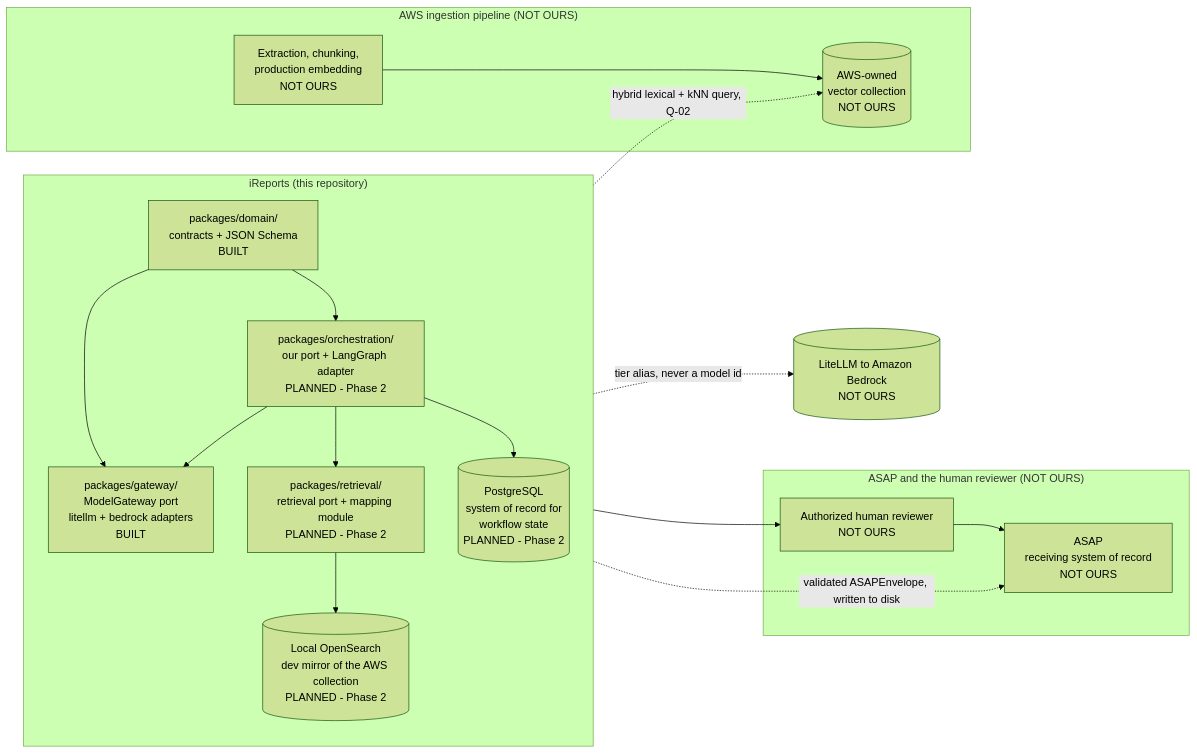
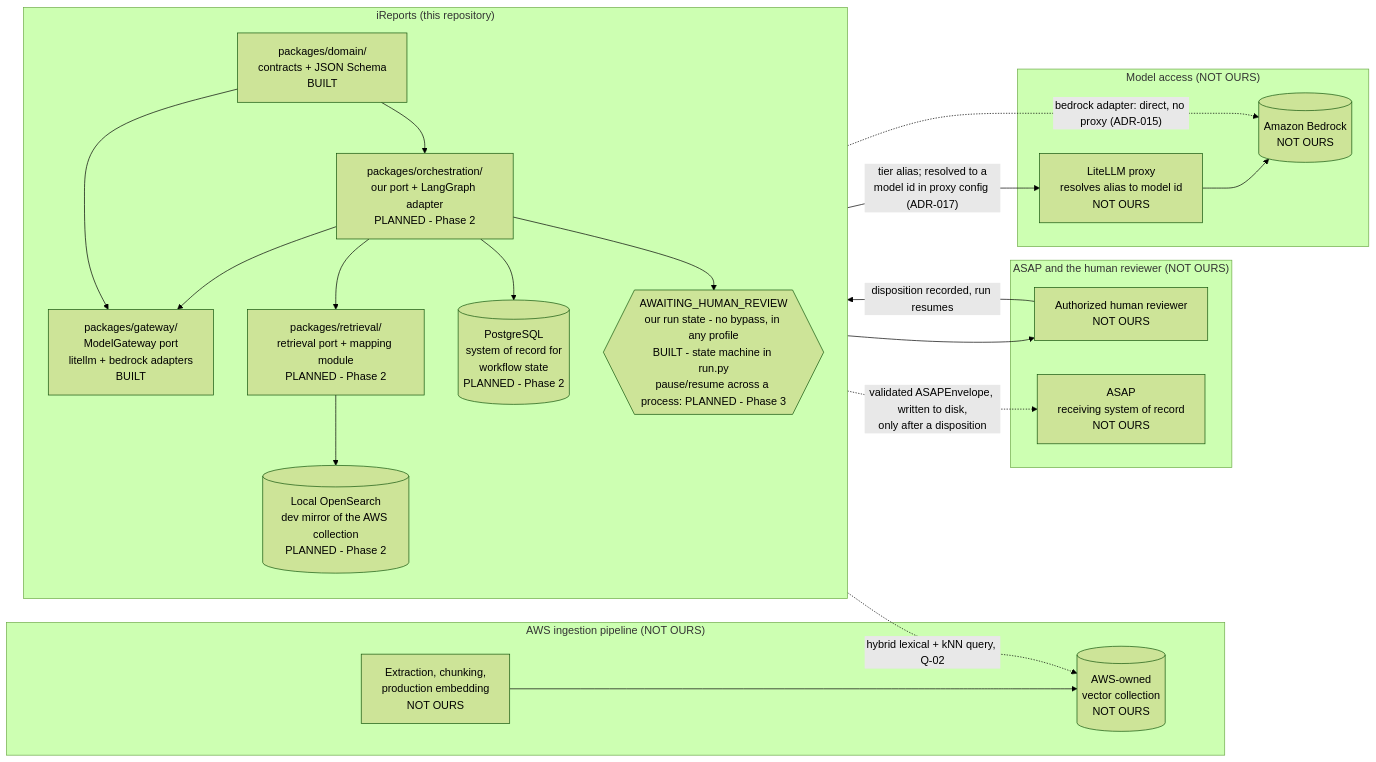
Before and after one commit to Amivero-LLC/asap-ireports-poc: the first of 2 diagrams in docs/handoff/component-architecture.md, drawn with Mermaid (forest theme). The commit also changed other lines of this file, not shown here.

````diff
--- a/docs/handoff/component-architecture.md
+++ b/docs/handoff/component-architecture.md
@@ -71,37 +77,44 @@
 ```mermaid
 flowchart LR
     subgraph OURS["iReports (this repository)"]
         direction TB
         DOMAIN["packages/domain/<br/>contracts + JSON Schema<br/>BUILT"]
         GATEWAY["packages/gateway/<br/>ModelGateway port<br/>litellm + bedrock adapters<br/>BUILT"]
         ORCH["packages/orchestration/<br/>our port + LangGraph adapter<br/>PLANNED - Phase 2"]
         RETR["packages/retrieval/<br/>retrieval port + mapping module<br/>PLANNED - Phase 2"]
         PG[("PostgreSQL<br/>system of record for<br/>workflow state<br/>PLANNED - Phase 2")]
         OSLOCAL[("Local OpenSearch<br/>dev mirror of the AWS collection<br/>PLANNED - Phase 2")]
+        GATE{{"AWAITING_HUMAN_REVIEW<br/>our run state - no bypass, in any profile<br/>BUILT - state machine in run.py<br/>pause/resume across a process: PLANNED - Phase 3"}}
     end
 
     subgraph AWSSIDE["AWS ingestion pipeline (NOT OURS)"]
         INGEST["Extraction, chunking,<br/>production embedding<br/>NOT OURS"]
         VCOL[("AWS-owned<br/>vector collection<br/>NOT OURS")]
     end
 
     subgraph DELIVERYSIDE["ASAP and the human reviewer (NOT OURS)"]
         REVIEWER["Authorized human reviewer<br/>NOT OURS"]
         ASAPSYS["ASAP<br/>receiving system of record<br/>NOT OURS"]
     end
 
-    BEDROCK[("LiteLLM to Amazon Bedrock<br/>NOT OURS")]
+    subgraph MODELSIDE["Model access (NOT OURS)"]
+        PROXY["LiteLLM proxy<br/>resolves alias to model id<br/>NOT OURS"]
+        BEDROCK[("Amazon Bedrock<br/>NOT OURS")]
+    end
 
     DOMAIN --> ORCH
     DOMAIN --> GATEWAY
     ORCH --> GATEWAY
     ORCH --> RETR
     ORCH --> PG
     RETR --> OSLOCAL
     RETR -. "hybrid lexical + kNN query, Q-02" .-> VCOL
     INGEST --> VCOL
-    GATEWAY -. "tier alias, never a model id" .-> BEDROCK
-    ORCH --> REVIEWER
-    REVIEWER --> ASAPSYS
-    ORCH -. "validated ASAPEnvelope, written to disk" .-> ASAPSYS
+    GATEWAY -- "tier alias; resolved to a<br/>model id in proxy config (ADR-017)" --> PROXY
+    PROXY --> BEDROCK
+    GATEWAY -. "bedrock adapter: direct, no proxy (ADR-015)" .-> BEDROCK
+    ORCH --> GATE
+    GATE --> REVIEWER
+    REVIEWER -- "disposition recorded, run resumes" --> GATE
+    GATE -. "validated ASAPEnvelope, written to disk,<br/>only after a disposition" .-> ASAPSYS
 ```
````
